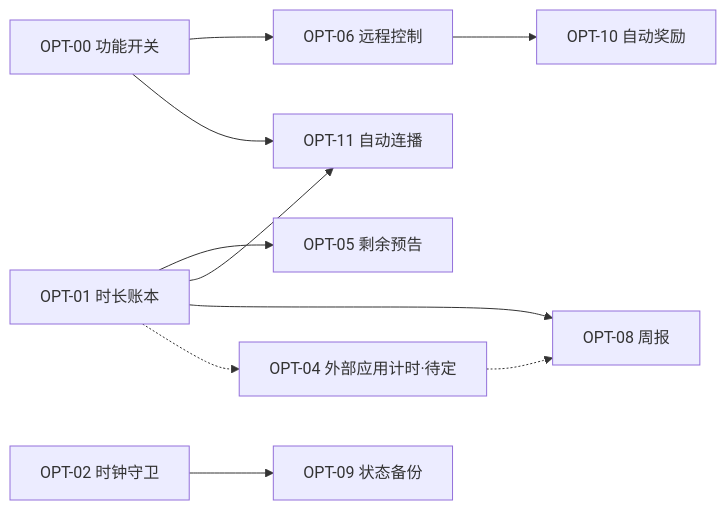
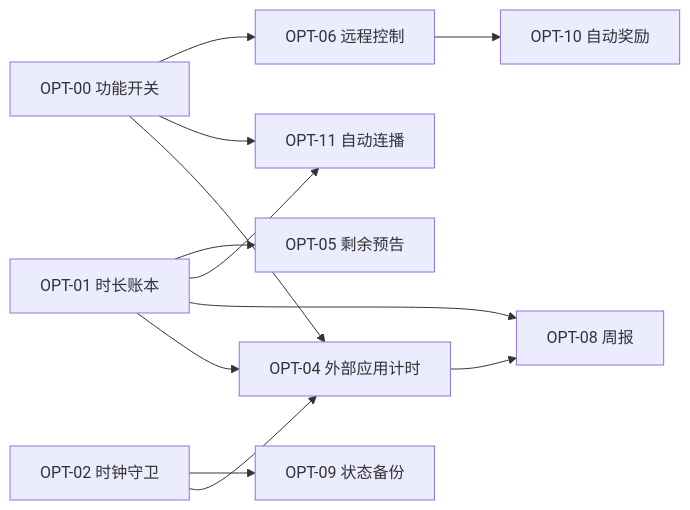
The diagram in docs/ROADMAP.md (tang0758/KidTvCurated), drawn with Mermaid before and after one commit. The commit also changed other lines of this file and 4 other files, not shown here.

First line of the commit message:
docs: 采纳 A 方案架构，ROADMAP 升 V1.2

````diff
--- a/docs/ROADMAP.md
+++ b/docs/ROADMAP.md
@@ -221,12 +244,14 @@
 ```mermaid
 graph LR
   O00[OPT-00 功能开关] --> O06[OPT-06 远程控制]
   O00 --> O11[OPT-11 自动连播]
   O01[OPT-01 时长账本] --> O05[OPT-05 剩余预告]
   O01 --> O11
   O01 --> O08[OPT-08 周报]
   O02[OPT-02 时钟守卫] --> O09[OPT-09 状态备份]
   O06 --> O10[OPT-10 自动奖励]
-  O01 -.-> O04[OPT-04 外部应用计时·待定]
-  O04 -.-> O08
+  O00 --> O04[OPT-04 外部应用计时]
+  O01 --> O04
+  O02 --> O04
+  O04 --> O08
 ```
````
